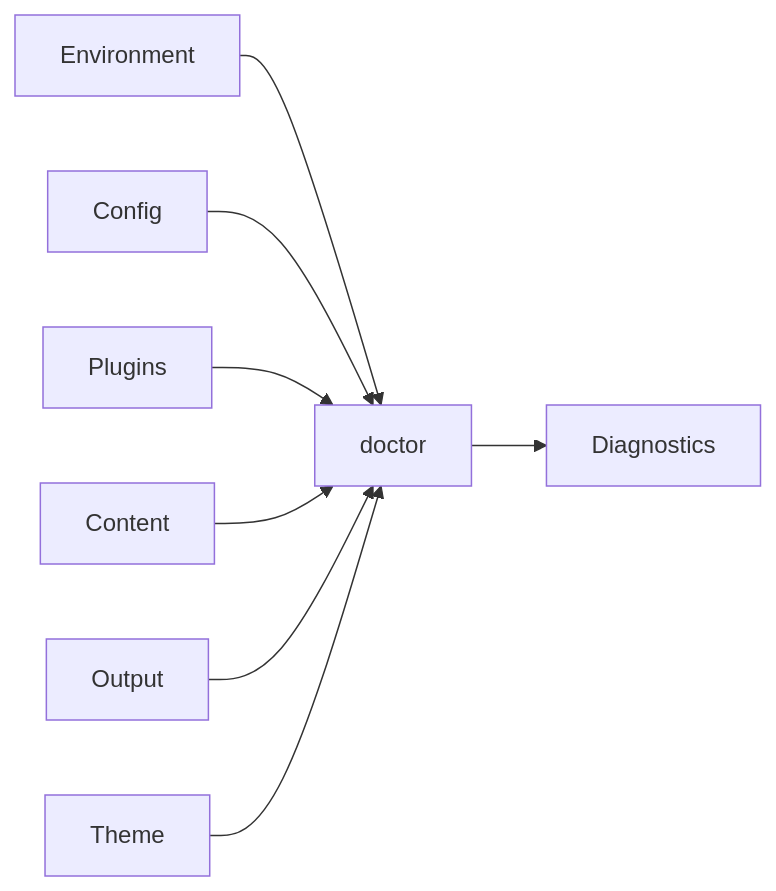
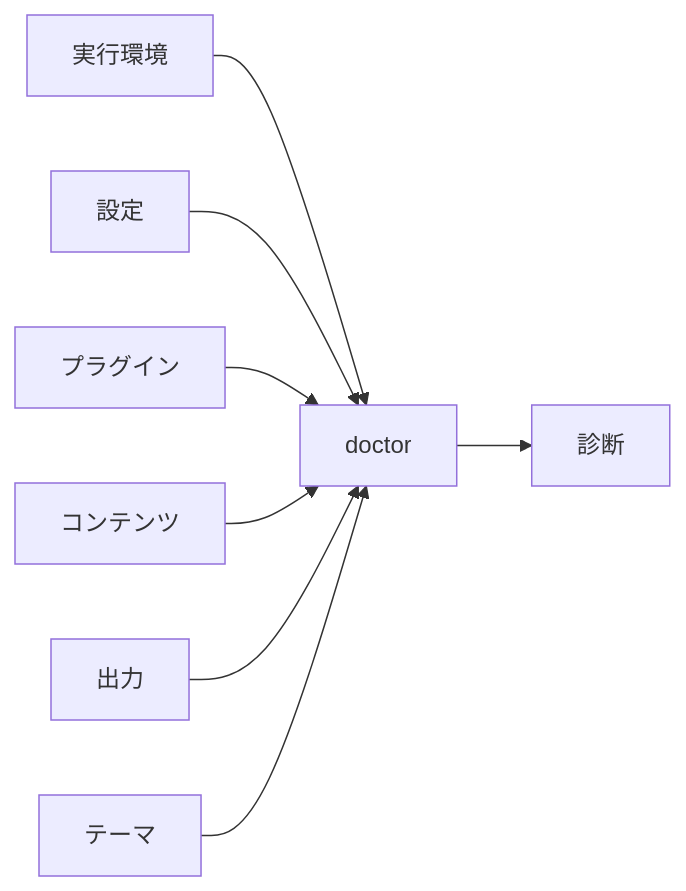
Before and after one commit to Rerurate514/riebeckite: the third of 6 diagrams in docs/docs/reference/cli.ja.md, drawn with Mermaid. The commit also changed other lines of this file and 310 other files, not shown here.

````diff
--- a/docs/docs/reference/cli.ja.md
+++ b/docs/docs/reference/cli.ja.md
@@ -362,18 +294,18 @@
 ```mermaid id="f8k3hz"
 flowchart LR
-    Environment["Environment"]
-    Config["Config"]
-    Plugin["Plugins"]
-    Content["Content"]
-    Output["Output"]
-    Theme["Theme"]
+    Environment["実行環境"]
+    Config["設定"]
+    Plugin["プラグイン"]
+    Content["コンテンツ"]
+    Output["出力"]
+    Theme["テーマ"]
 
     Environment --> Doctor["doctor"]
     Config --> Doctor
     Plugin --> Doctor
     Content --> Doctor
     Output --> Doctor
     Theme --> Doctor
 
-    Doctor --> Diagnostics["Diagnostics"]
+    Doctor --> Diagnostics["診断"]
 ```
````
